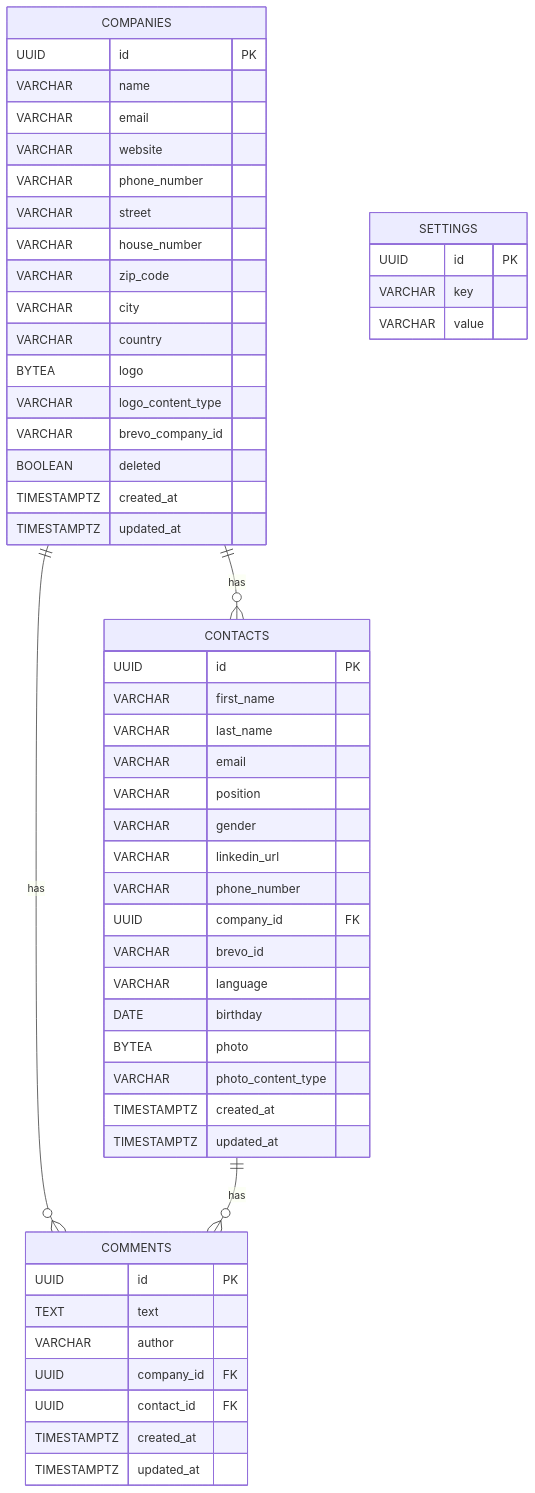
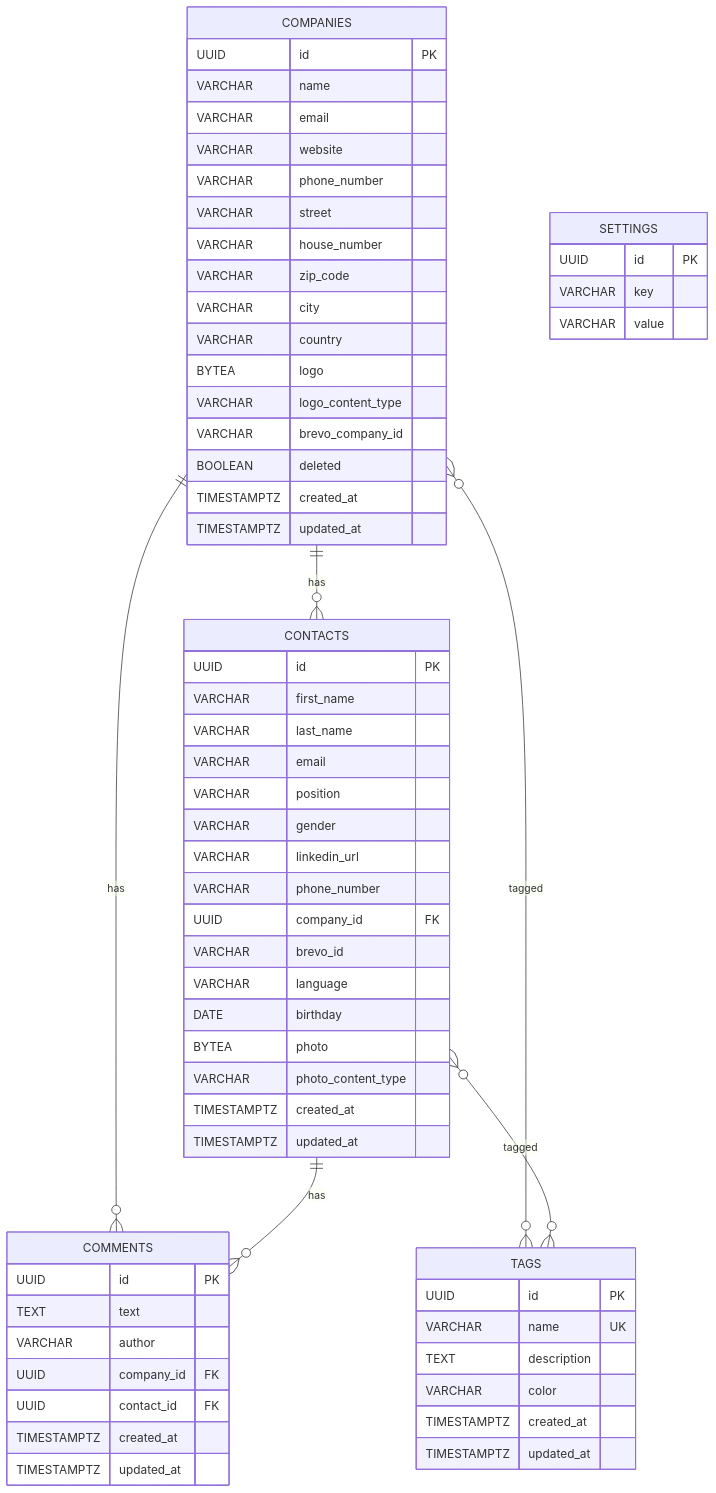
One commit to OpenElementsLabs/open-crm changed the second of 2 diagrams in .claude/conventions/project-specific/project-architecture.md. Above: the diagram before and after it, drawn with Mermaid. The commit also changed 25 other files, not shown here.

````diff
--- a/.claude/conventions/project-specific/project-architecture.md
+++ b/.claude/conventions/project-specific/project-architecture.md
@@ -34,56 +34,66 @@
 ```mermaid
 erDiagram
     COMPANIES {
         UUID id PK
         VARCHAR name
         VARCHAR email
         VARCHAR website
         VARCHAR phone_number
         VARCHAR street
         VARCHAR house_number
         VARCHAR zip_code
         VARCHAR city
         VARCHAR country
         BYTEA logo
         VARCHAR logo_content_type
         VARCHAR brevo_company_id
         BOOLEAN deleted
         TIMESTAMPTZ created_at
         TIMESTAMPTZ updated_at
     }
     CONTACTS {
         UUID id PK
         VARCHAR first_name
         VARCHAR last_name
         VARCHAR email
         VARCHAR position
         VARCHAR gender
         VARCHAR linkedin_url
         VARCHAR phone_number
         UUID company_id FK
         VARCHAR brevo_id
         VARCHAR language
         DATE birthday
         BYTEA photo
         VARCHAR photo_content_type
         TIMESTAMPTZ created_at
         TIMESTAMPTZ updated_at
     }
     COMMENTS {
         UUID id PK
         TEXT text
         VARCHAR author
         UUID company_id FK
         UUID contact_id FK
         TIMESTAMPTZ created_at
         TIMESTAMPTZ updated_at
     }
     SETTINGS {
         UUID id PK
         VARCHAR key
         VARCHAR value
     }
+    TAGS {
+        UUID id PK
+        VARCHAR name UK
+        TEXT description
+        VARCHAR color
+        TIMESTAMPTZ created_at
+        TIMESTAMPTZ updated_at
+    }
     COMPANIES ||--o{ CONTACTS : "has"
     COMPANIES ||--o{ COMMENTS : "has"
     CONTACTS ||--o{ COMMENTS : "has"
+    COMPANIES }o--o{ TAGS : "tagged"
+    CONTACTS }o--o{ TAGS : "tagged"
 ```
````
